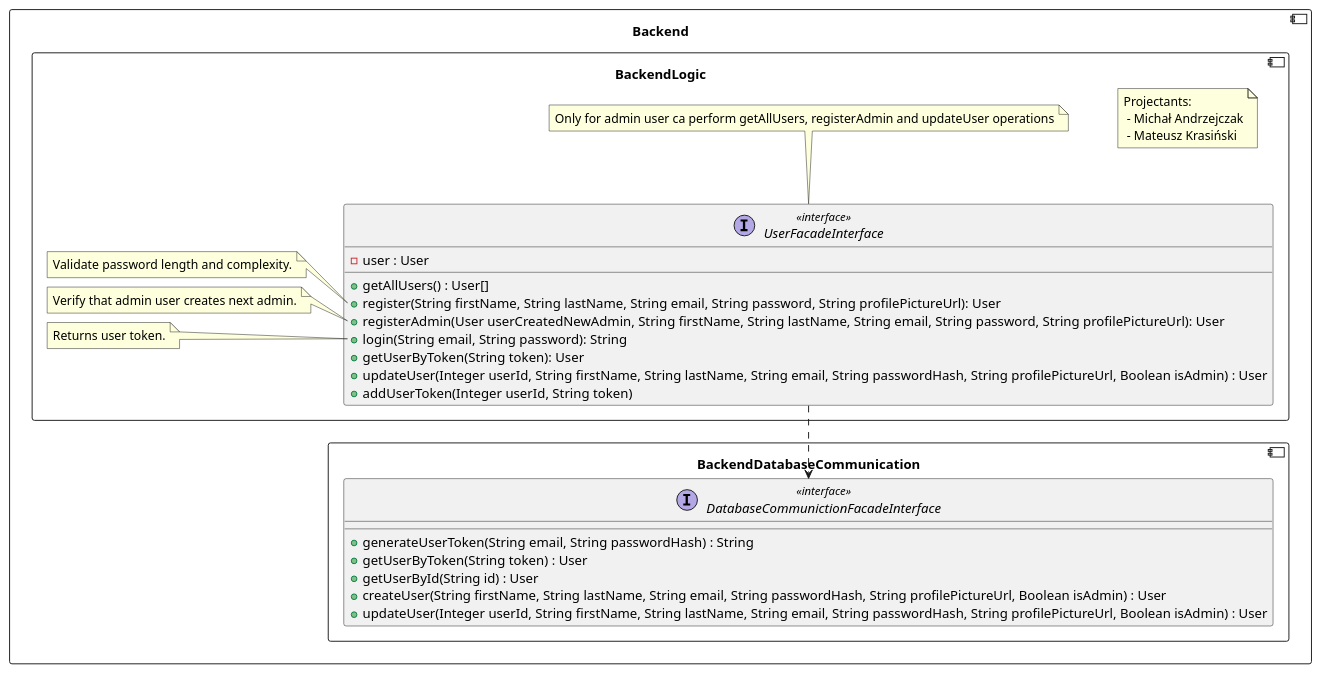
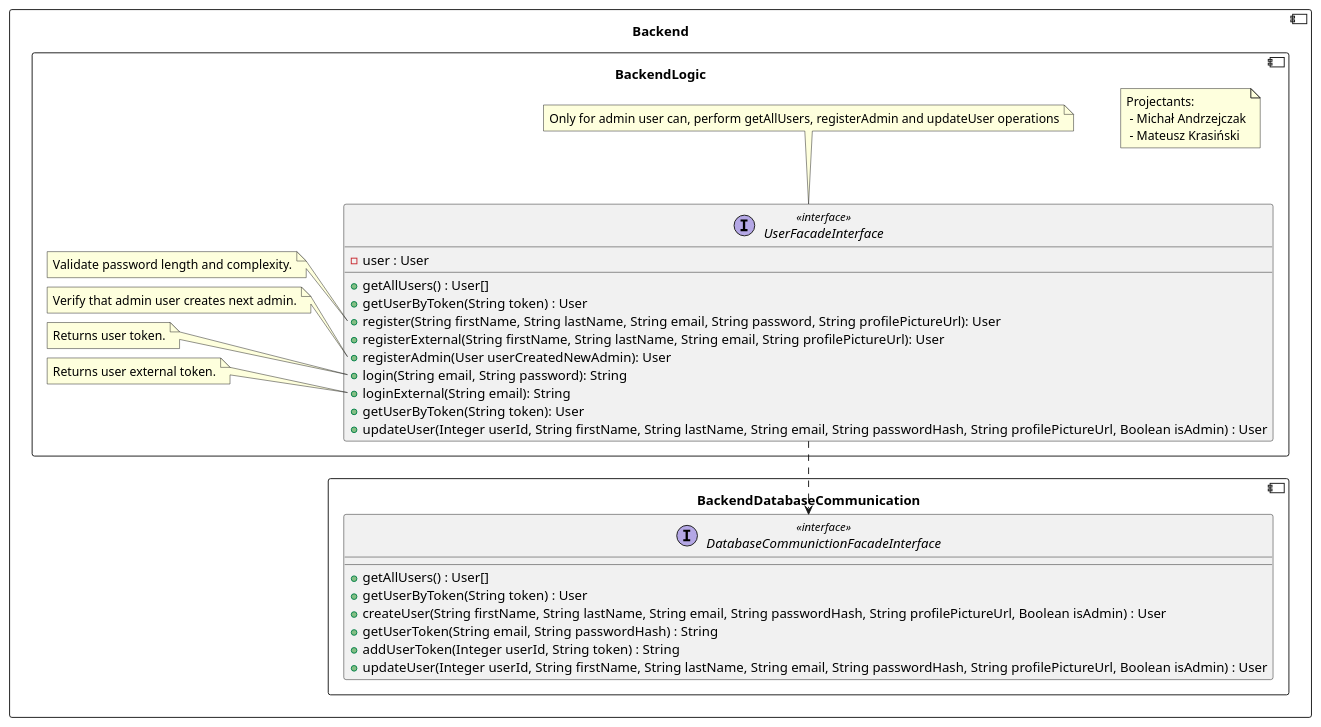
Before and after one commit to RadekBucki/OpinionCollectorArchitecture: the second of 5 diagrams in backend/BackendLogic.md, drawn with PlantUML. The commit also changed other lines of this file and 2 other files, not shown here.

Commit message:
Change all of the inconsistent things

````diff
--- a/backend/BackendLogic.md
+++ b/backend/BackendLogic.md
@@ -27,52 +27,59 @@
 ```plantuml
 @startuml
 component Backend {
     component BackendDatabaseCommunication {
         interface DatabaseCommunictionFacadeInterface <<interface>>{
-            + generateUserToken(String email, String passwordHash) : String
+            + getAllUsers() : User[]
             + getUserByToken(String token) : User
-            + getUserById(String id) : User
             + createUser(String firstName, String lastName, String email, String passwordHash, String profilePictureUrl, Boolean isAdmin) : User
+            + getUserToken(String email, String passwordHash) : String
+            + addUserToken(Integer userId, String token) : String
             + updateUser(Integer userId, String firstName, String lastName, String email, String passwordHash, String profilePictureUrl, Boolean isAdmin) : User
         }
     }
     
     component BackendLogic {
         note as Authors
             Projectants: 
              - Michał Andrzejczak
              - Mateusz Krasiński
         endnote
         
         UserFacadeInterface ..> DatabaseCommunictionFacadeInterface
         
         interface UserFacadeInterface <<interface>> {
             - user : User
             + getAllUsers() : User[]
+            + getUserByToken(String token) : User
             + register(String firstName, String lastName, String email, String password, String profilePictureUrl): User
-            + registerAdmin(User userCreatedNewAdmin, String firstName, String lastName, String email, String password, String profilePictureUrl): User
+            + registerExternal(String firstName, String lastName, String email, String profilePictureUrl): User
+            + registerAdmin(User userCreatedNewAdmin): User
             + login(String email, String password): String
+            + loginExternal(String email): String
             + getUserByToken(String token): User
             + updateUser(Integer userId, String firstName, String lastName, String email, String passwordHash, String profilePictureUrl, Boolean isAdmin) : User
-            + addUserToken(Integer userId, String token)
         }
     
         note top of UserFacadeInterface
-            Only for admin user ca perform getAllUsers, registerAdmin and updateUser operations
+            Only for admin user can, perform getAllUsers, registerAdmin and updateUser operations
         endnote
     
         note left of UserFacadeInterface::register
             Validate password length and complexity.
         endnote
     
         note left of UserFacadeInterface::registerAdmin
             Verify that admin user creates next admin.
         endnote
     
         note left of UserFacadeInterface::login
             Returns user token.
         endnote
+        
+        note left of UserFacadeInterface::loginExternal
+            Returns user external token.
+        endnote
     }
 }
 @enduml 
 ```
````
